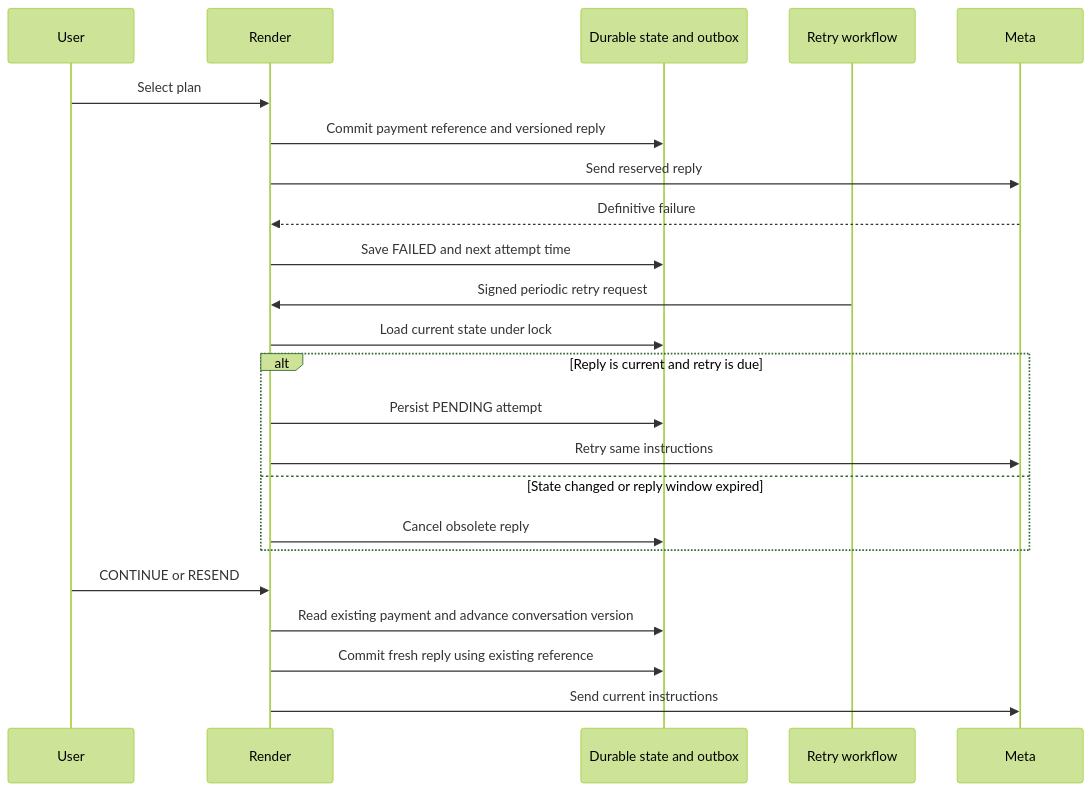
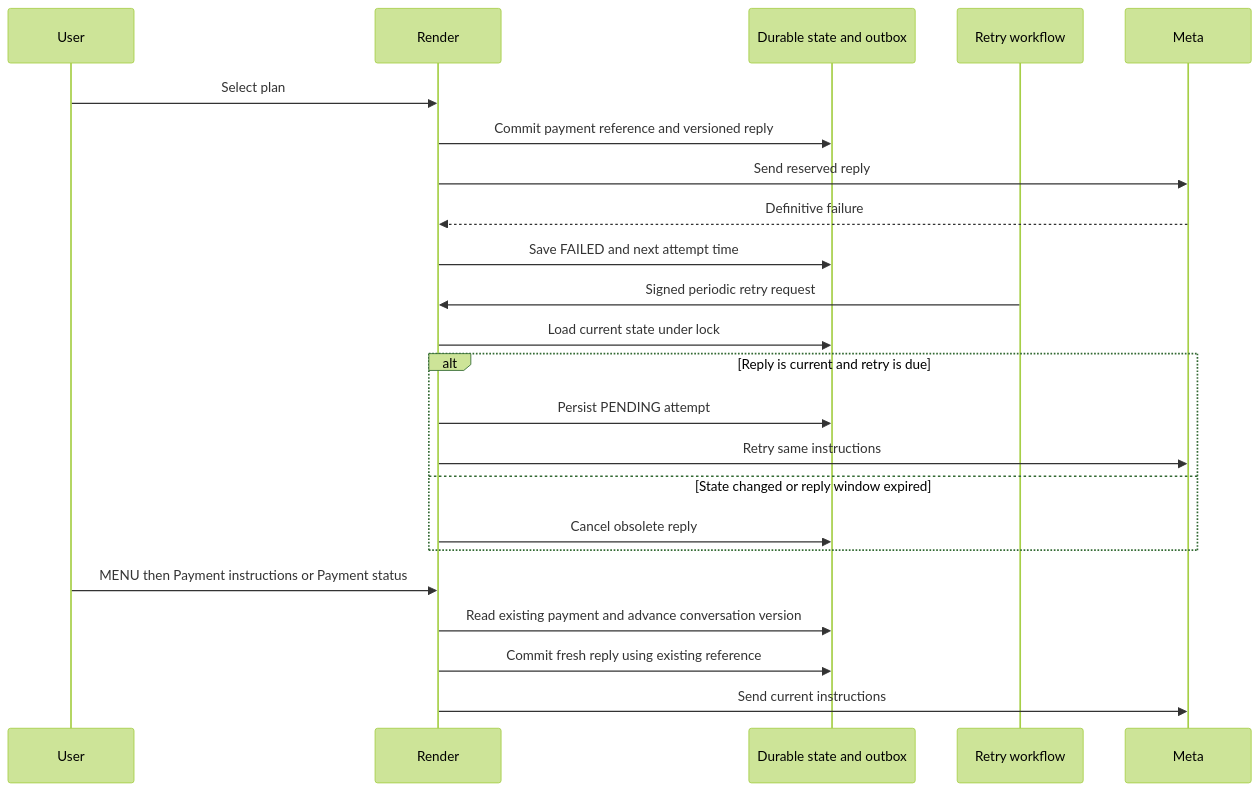
One commit to mishnit/daily-darshan changed the tenth of 10 diagrams in sequence-diagrams.md. Above: the diagram before and after it, drawn with Mermaid (forest theme). The commit also changed other lines of this file and 9 other files, not shown here.

````diff
--- a/sequence-diagrams.md
+++ b/sequence-diagrams.md
@@ -458,25 +469,25 @@
 ```mermaid
 sequenceDiagram
     participant User
     participant Web as Render
     participant Repo as Durable state and outbox
     participant Worker as Retry workflow
     participant Meta
     User->>Web: Select plan
     Web->>Repo: Commit payment reference and versioned reply
     Web->>Meta: Send reserved reply
     Meta-->>Web: Definitive failure
     Web->>Repo: Save FAILED and next attempt time
     Worker->>Web: Signed periodic retry request
     Web->>Repo: Load current state under lock
     alt Reply is current and retry is due
         Web->>Repo: Persist PENDING attempt
         Web->>Meta: Retry same instructions
     else State changed or reply window expired
         Web->>Repo: Cancel obsolete reply
     end
-    User->>Web: CONTINUE or RESEND
+    User->>Web: MENU then Payment instructions or Payment status
     Web->>Repo: Read existing payment and advance conversation version
     Web->>Repo: Commit fresh reply using existing reference
     Web->>Meta: Send current instructions
 ```
````
